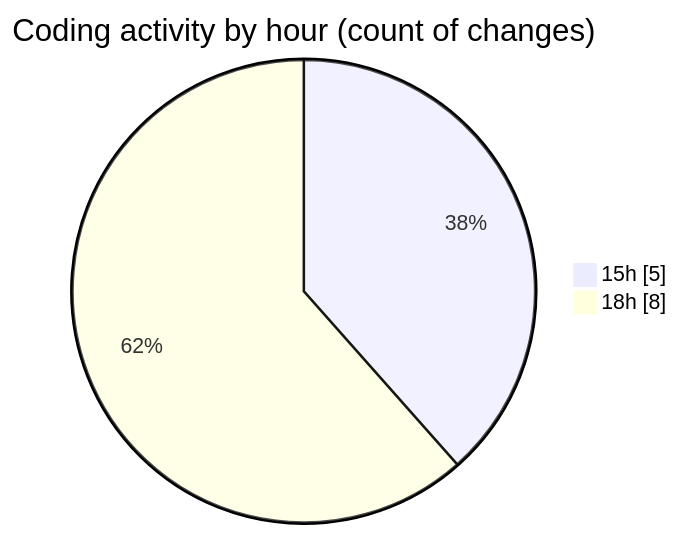
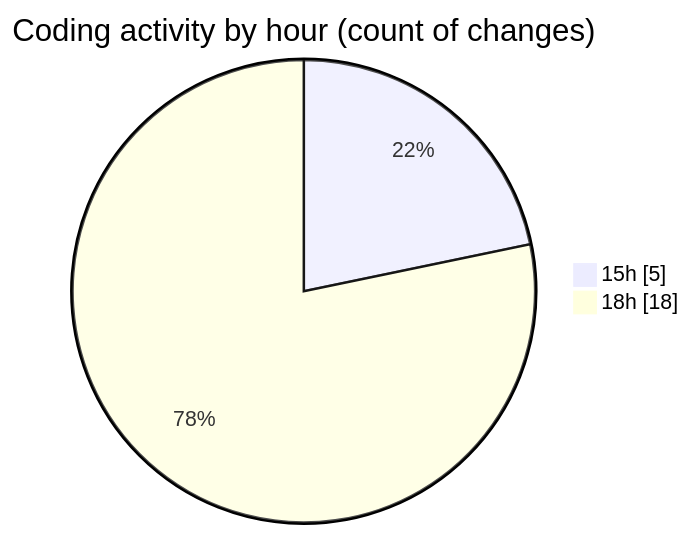
The second of 2 diagrams in 2025-11-21/nxtqube_webapp/README.md (nxtqubesakshisongat/code-tracking), drawn with Mermaid before and after one commit. The commit also changed other lines of this file and 1 other file, not shown here.

````diff
--- a/2025-11-21/nxtqube_webapp/README.md
+++ b/2025-11-21/nxtqube_webapp/README.md
@@ -37,6 +39,6 @@
 ```mermaid
 pie showData
 title Coding activity by hour (count of changes)
 "15h" : 5
-"18h" : 8
+"18h" : 18
 ```
````
